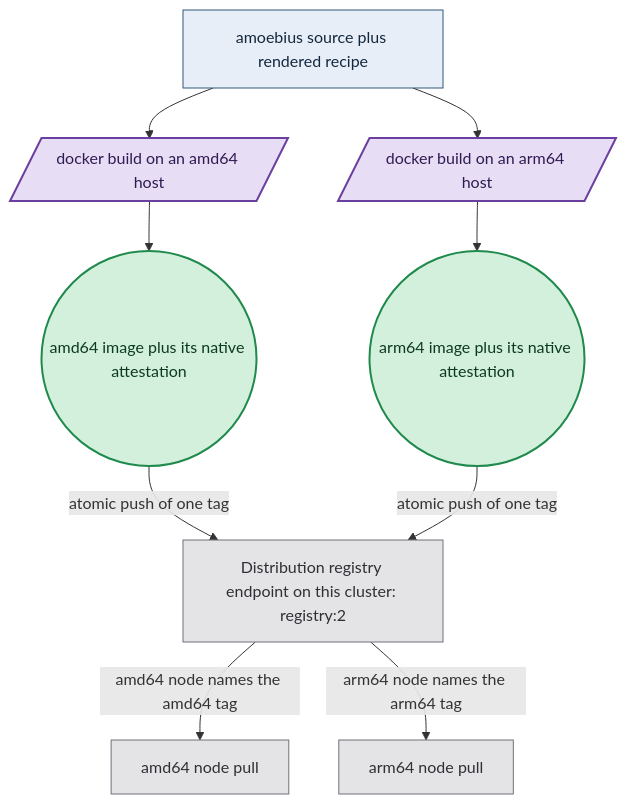
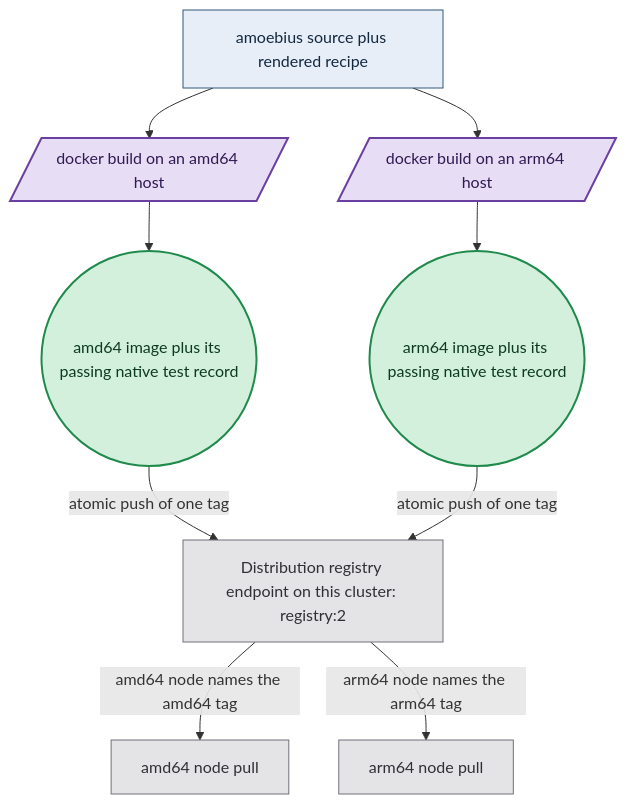
The second of 2 diagrams in documents/engineering/image_build_doctrine.md (Tuee22/amoebius), drawn with Mermaid before and after one commit. The commit also changed other lines of this file and 250 other files, not shown here.

````diff
--- a/documents/engineering/image_build_doctrine.md
+++ b/documents/engineering/image_build_doctrine.md
@@ -243,16 +243,16 @@
 ```mermaid
 flowchart TD
 %% register: algebra
   src["amoebius source plus rendered recipe"]:::intent --> bxa[/"docker build on an amd64 host"/]:::effect
   src --> bxb[/"docker build on an arm64 host"/]:::effect
-  bxa --> ata(("amd64 image plus its native attestation")):::seal
-  bxb --> atb(("arm64 image plus its native attestation")):::seal
+  bxa --> ata(("amd64 image plus its passing native test record")):::seal
+  bxb --> atb(("arm64 image plus its passing native test record")):::seal
   ata -->|atomic push of one tag| reg["Distribution registry endpoint on this cluster: registry:2"]:::runtime
   atb -->|atomic push of one tag| reg
   reg -->|amd64 node names the amd64 tag| amd["amd64 node pull"]:::runtime
   reg -->|arm64 node names the arm64 tag| arm["arm64 node pull"]:::runtime
   classDef intent   fill:#e8eef7,stroke:#33587a,color:#12283f,stroke-width:1px
   classDef effect   fill:#e7ddf5,stroke:#6b3fa0,color:#2f1a52,stroke-width:2px
   classDef seal     fill:#d3f0dd,stroke:#1f8a4c,color:#0c3a1f,stroke-width:2px
   classDef runtime  fill:#e4e4e7,stroke:#71717a,color:#2f2f35,stroke-width:1px
 ```
````
